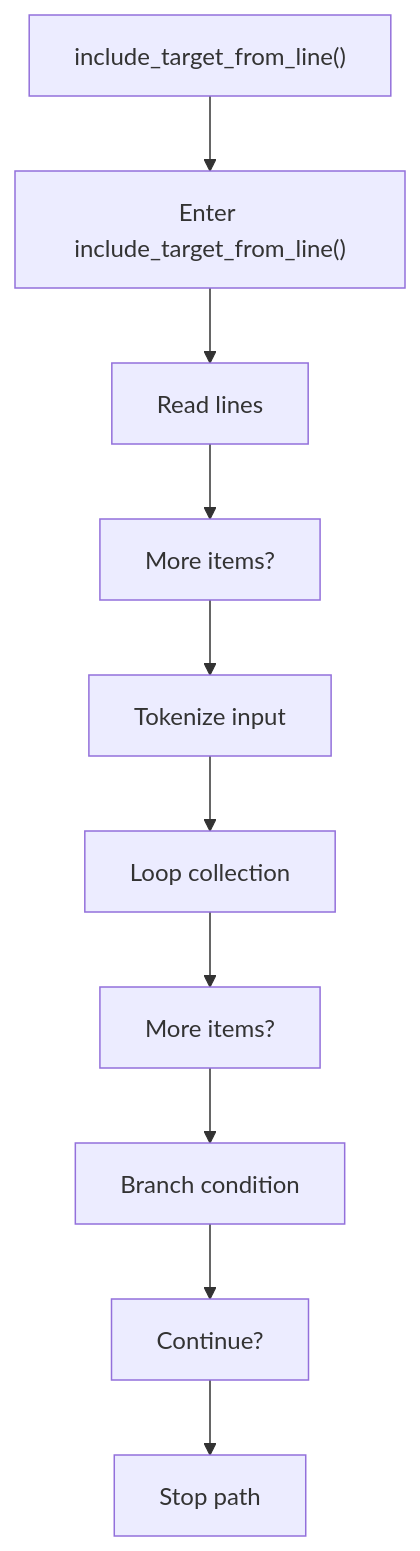
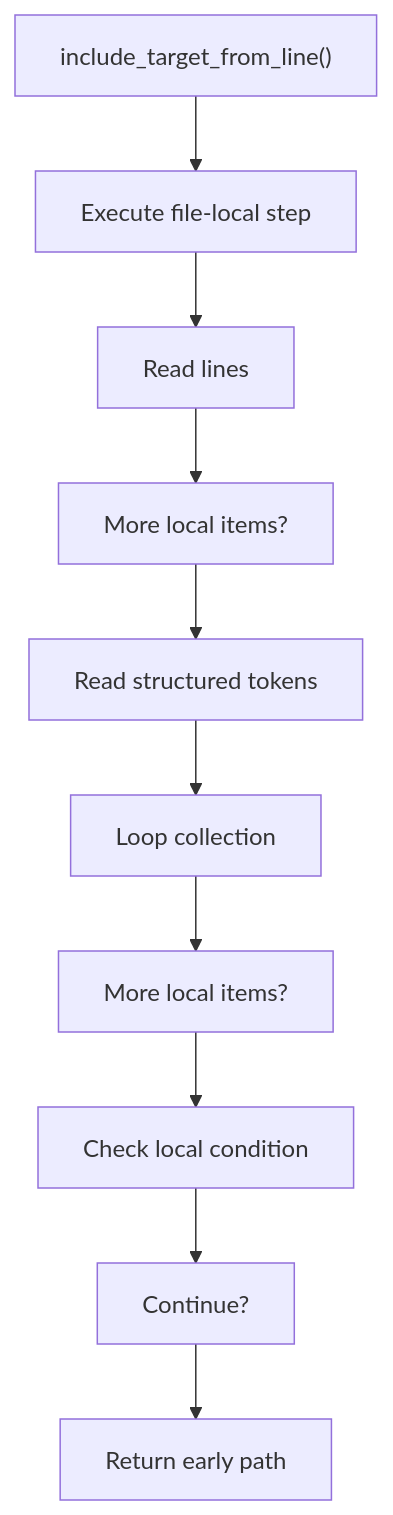
One commit to JohnAndrewBalbarosa/NeoTerritory changed the first of 2 diagrams in docs/Codebase/Microservice/Modules/Source/Trees/ClassGeneration/Actual/Internal/Line/Flow/functions/include_target_from_line.cpp.md. Above: the diagram before and after it, drawn with Mermaid. The commit also changed other lines of this file and 915 other files, not shown here.

````diff
--- a/docs/Codebase/Microservice/Modules/Source/Trees/ClassGeneration/Actual/Internal/Line/Flow/functions/include_target_from_line.cpp.md
+++ b/docs/Codebase/Microservice/Modules/Source/Trees/ClassGeneration/Actual/Internal/Line/Flow/functions/include_target_from_line.cpp.md
@@ -26,22 +26,22 @@
 ```mermaid
 flowchart TD
     N0["include_target_from_line()"]
-    N1["Enter include_target_from_line()"]
+    N1["Execute file-local step"]
     N2["Read lines"]
-    N3["More items?"]
-    N4["Tokenize input"]
+    N3["More local items?"]
+    N4["Read structured tokens"]
     N5["Loop collection"]
-    N6["More items?"]
-    N7["Branch condition"]
+    N6["More local items?"]
+    N7["Check local condition"]
     N8["Continue?"]
-    N9["Stop path"]
+    N9["Return early path"]
     N0 --> N1
     N1 --> N2
     N2 --> N3
     N3 --> N4
     N4 --> N5
     N5 --> N6
     N6 --> N7
     N7 --> N8
     N8 --> N9
 ```
````
